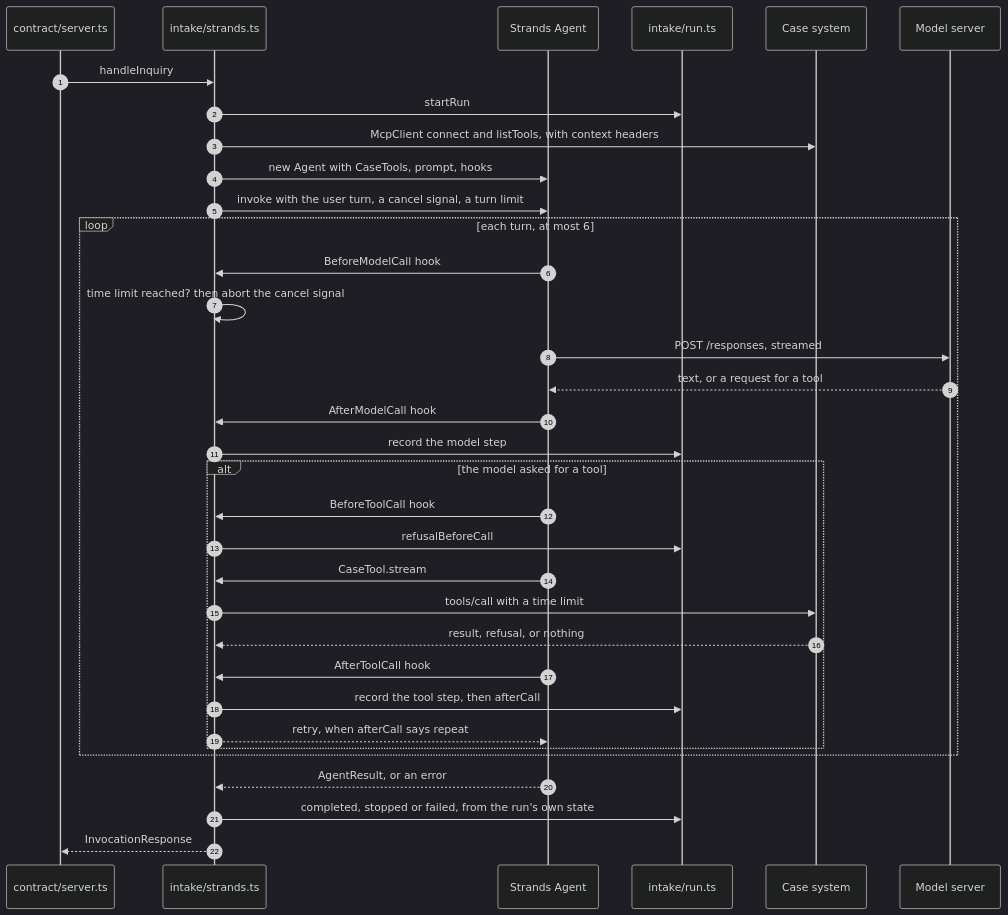
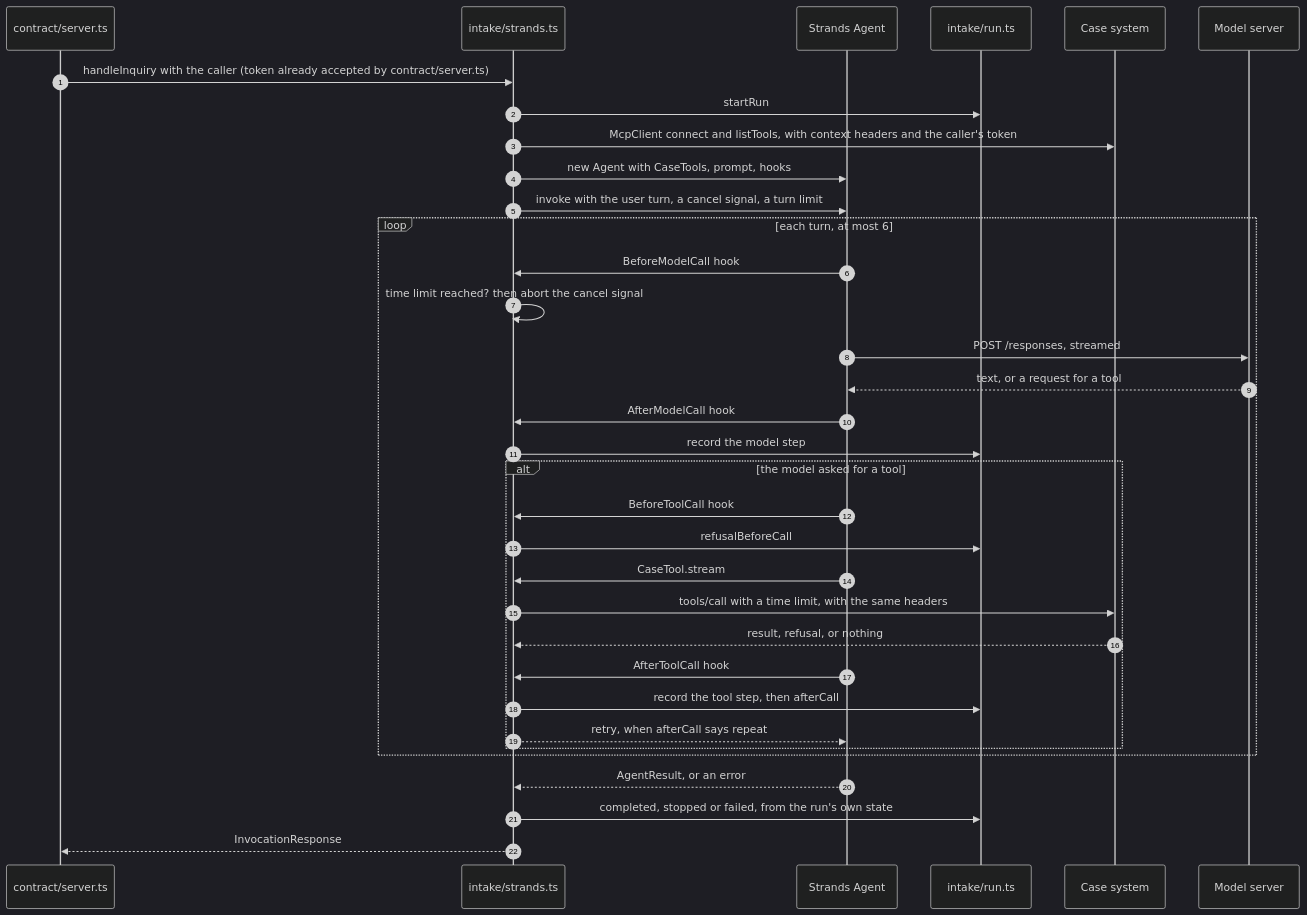
One commit to AndrewPHunter/ai-on-aws changed the second of 2 diagrams in docs/architecture/intake-agent-strands.md. Above: the diagram before and after it, drawn with Mermaid (dark theme). The commit also changed other lines of this file and 20 other files, not shown here.

````diff
--- a/docs/architecture/intake-agent-strands.md
+++ b/docs/architecture/intake-agent-strands.md
@@ -68,37 +68,37 @@
 ```mermaid
 sequenceDiagram
     autonumber
     participant S as contract/server.ts
     participant O as intake/strands.ts
     participant A as Strands Agent
     participant R as intake/run.ts
     participant K as Case system
     participant V as Model server
 
-    S->>O: handleInquiry
+    S->>O: handleInquiry with the caller (token already accepted by contract/server.ts)
     O->>R: startRun
-    O->>K: McpClient connect and listTools, with context headers
+    O->>K: McpClient connect and listTools, with context headers and the caller's token
     O->>A: new Agent with CaseTools, prompt, hooks
     O->>A: invoke with the user turn, a cancel signal, a turn limit
     loop each turn, at most 6
         A->>O: BeforeModelCall hook
         O->>O: time limit reached? then abort the cancel signal
         A->>V: POST /responses, streamed
         V-->>A: text, or a request for a tool
         A->>O: AfterModelCall hook
         O->>R: record the model step
         alt the model asked for a tool
             A->>O: BeforeToolCall hook
             O->>R: refusalBeforeCall
             A->>O: CaseTool.stream
-            O->>K: tools/call with a time limit
+            O->>K: tools/call with a time limit, with the same headers
             K-->>O: result, refusal, or nothing
             A->>O: AfterToolCall hook
             O->>R: record the tool step, then afterCall
             O-->>A: retry, when afterCall says repeat
         end
     end
     A-->>O: AgentResult, or an error
     O->>R: completed, stopped or failed, from the run's own state
     O-->>S: InvocationResponse
 ```
````
